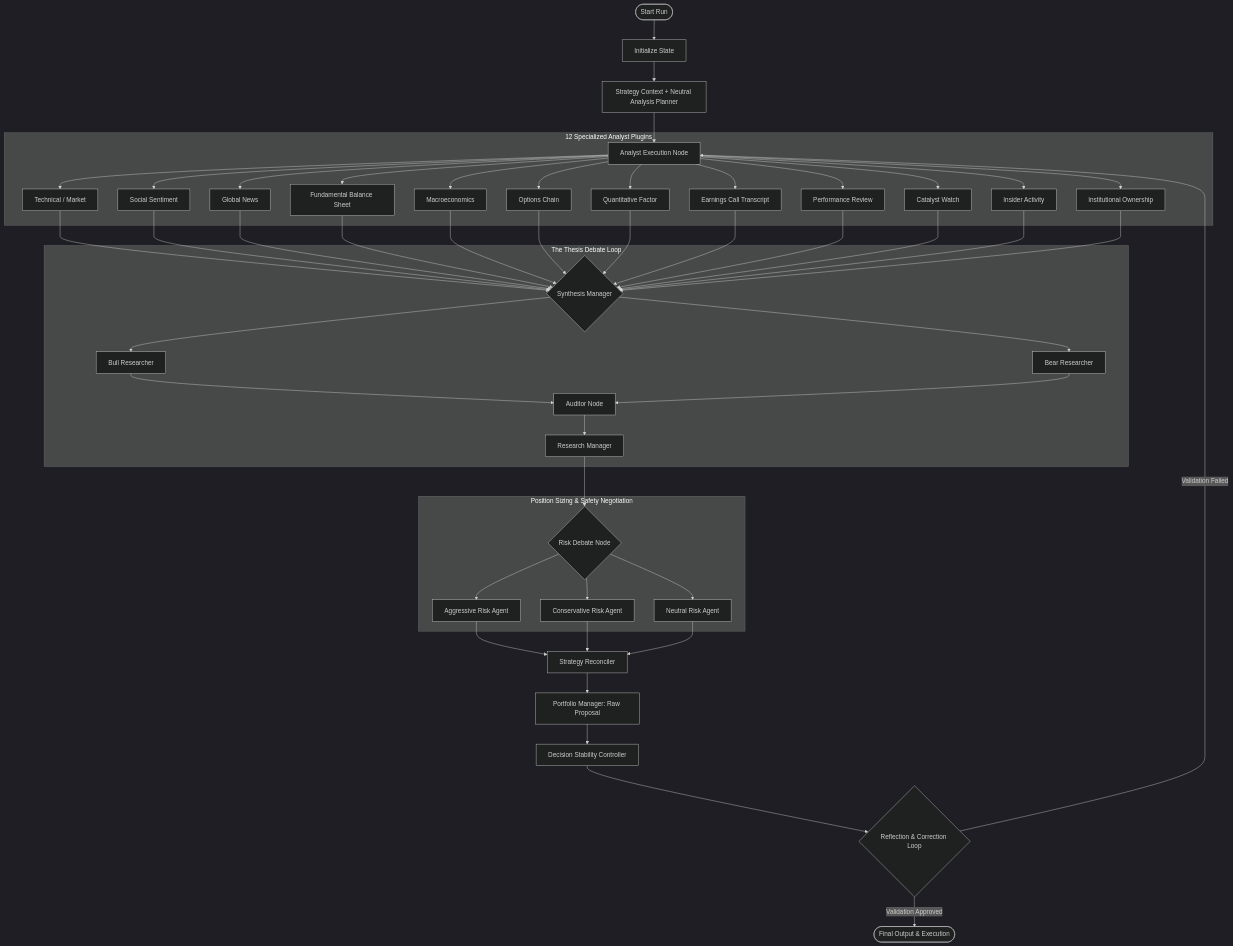
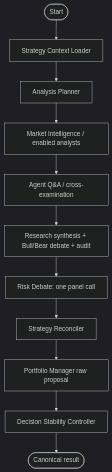
The diagram in backend/trading_agents/README.md (JustSadY/TradingAgents), drawn with Mermaid (dark theme) before and after one commit. The commit also changed other lines of this file, not shown here.

Commit message:
Rewrite agent README around current graph

````diff
--- a/backend/trading_agents/README.md
+++ b/backend/trading_agents/README.md
@@ -13,45 +11,13 @@
 ```mermaid
 graph TD
-    Start([Start Run]) --> InitState[Initialize State]
-    InitState --> StrategyContext[Strategy Context + Neutral Analysis Planner]
-    StrategyContext --> AnalystExecution[Analyst Execution Node]
-    
-    subgraph Analysts [12 Specialized Analyst Plugins]
-        AnalystExecution --> A1[Technical / Market]
-        AnalystExecution --> A2[Social Sentiment]
-        AnalystExecution --> A3[Global News]
-        AnalystExecution --> A4[Fundamental Balance Sheet]
-        AnalystExecution --> A5[Macroeconomics]
-        AnalystExecution --> A6[Options Chain]
-        AnalystExecution --> A7[Quantitative Factor]
-        AnalystExecution --> A8[Earnings Call Transcript]
-        AnalystExecution --> A9[Performance Review]
-        AnalystExecution --> A10[Catalyst Watch]
-        AnalystExecution --> A11[Insider Activity]
-        AnalystExecution --> A12[Institutional Ownership]
-    end
-    
-    A1 & A2 & A3 & A4 & A5 & A6 & A7 & A8 & A9 & A10 & A11 & A12 --> SynthesisManager{Synthesis Manager}
-    
-    subgraph Debate [The Thesis Debate Loop]
-        SynthesisManager --> Bull[Bull Researcher]
-        SynthesisManager --> Bear[Bear Researcher]
-        Bull & Bear --> Auditor[Auditor Node]
-        Auditor --> Judge[Research Manager]
-    end
-    
-    Judge --> RiskDebate{Risk Debate Node}
-    
-    subgraph Risk [Position Sizing & Safety Negotiation]
-        RiskDebate --> RA[Aggressive Risk Agent]
-        RiskDebate --> RC[Conservative Risk Agent]
-        RiskDebate --> RN[Neutral Risk Agent]
-    end
-    
-    RA & RC & RN --> Reconciler[Strategy Reconciler]
-    Reconciler --> PM[Portfolio Manager: Raw Proposal]
+    Start([Start]) --> Strategy[Strategy Context Loader]
+    Strategy --> Planner[Analysis Planner]
+    Planner --> Analysts[Market Intelligence / enabled analysts]
+    Analysts --> QA[Agent Q&A / cross-examination]
+    QA --> Research[Research synthesis + Bull/Bear debate + audit]
+    Research --> Risk[Risk Debate: one panel call]
+    Risk --> Reconciler[Strategy Reconciler]
+    Reconciler --> PM[Portfolio Manager raw proposal]
     PM --> Stability[Decision Stability Controller]
-    Stability --> Reflection{Reflection & Correction Loop}
-    Reflection -->|Validation Failed| AnalystExecution
-    Reflection -->|Validation Approved| EndNode([Final Output & Execution])
+    Stability --> End([Canonical result])
 ```
````
